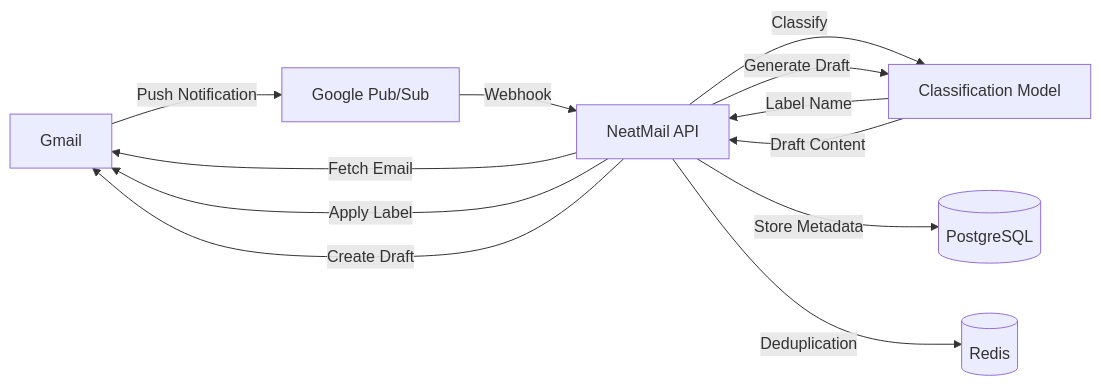
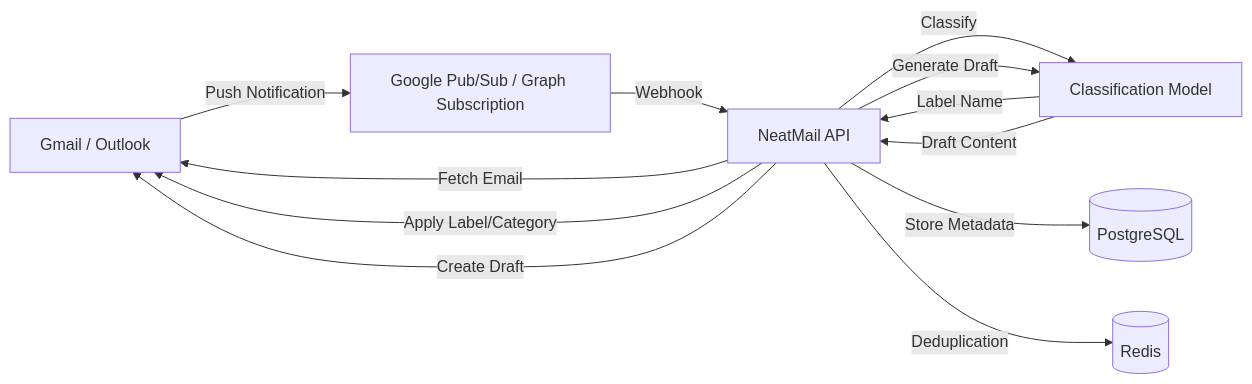
One commit to Lakshay1509/NeatMail changed the diagram in README.md. Above: the diagram before and after it, drawn with Mermaid. The commit also changed other lines of this file, not shown here.

Commit message:
fix: update README to include Outlook integration details and improve clarity on email automation features

````diff
--- a/README.md
+++ b/README.md
@@ -177,14 +178,14 @@
 ```mermaid
 graph LR
-    A[Gmail] -->|Push Notification| B[Google Pub/Sub]
+   A[Gmail / Outlook] -->|Push Notification| B[Google Pub/Sub / Graph Subscription]
     B -->|Webhook| C[NeatMail API]
-    C -->|Fetch Email| A
+   C -->|Fetch Email| A
     C -->|Classify| D[Classification Model]
     D -->|Label Name| C
-    C -->|Apply Label| A
+   C -->|Apply Label/Category| A
     C -->|Generate Draft| D
     D -->|Draft Content| C
     C -->|Create Draft| A
     C -->|Store Metadata| E[(PostgreSQL)]
     C -->|Deduplication| F[(Redis)]
 ```
````
